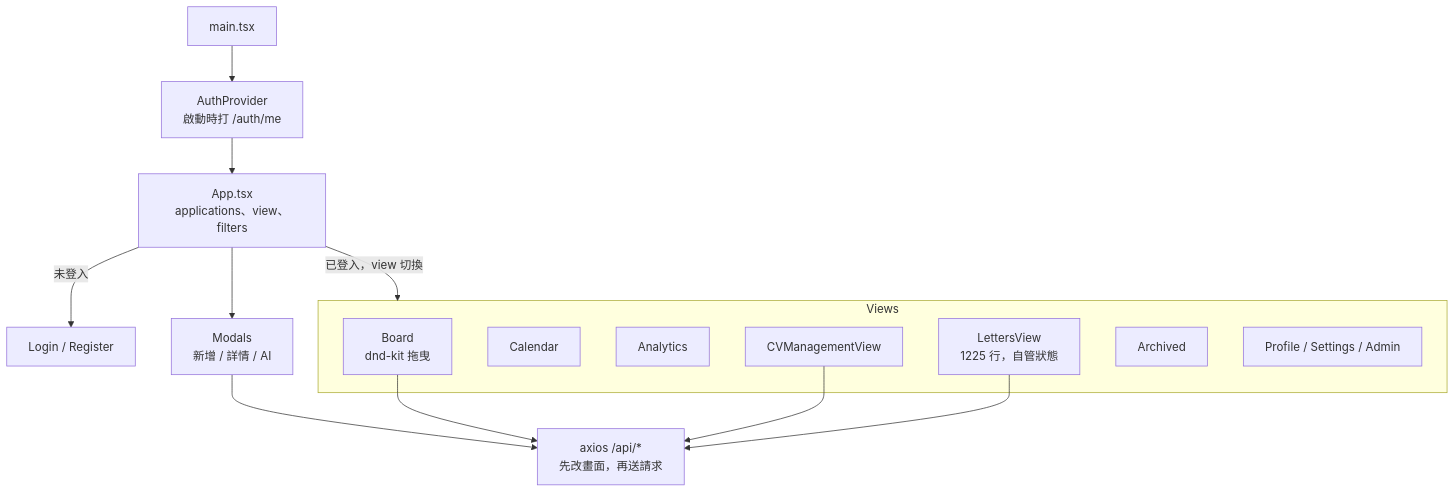
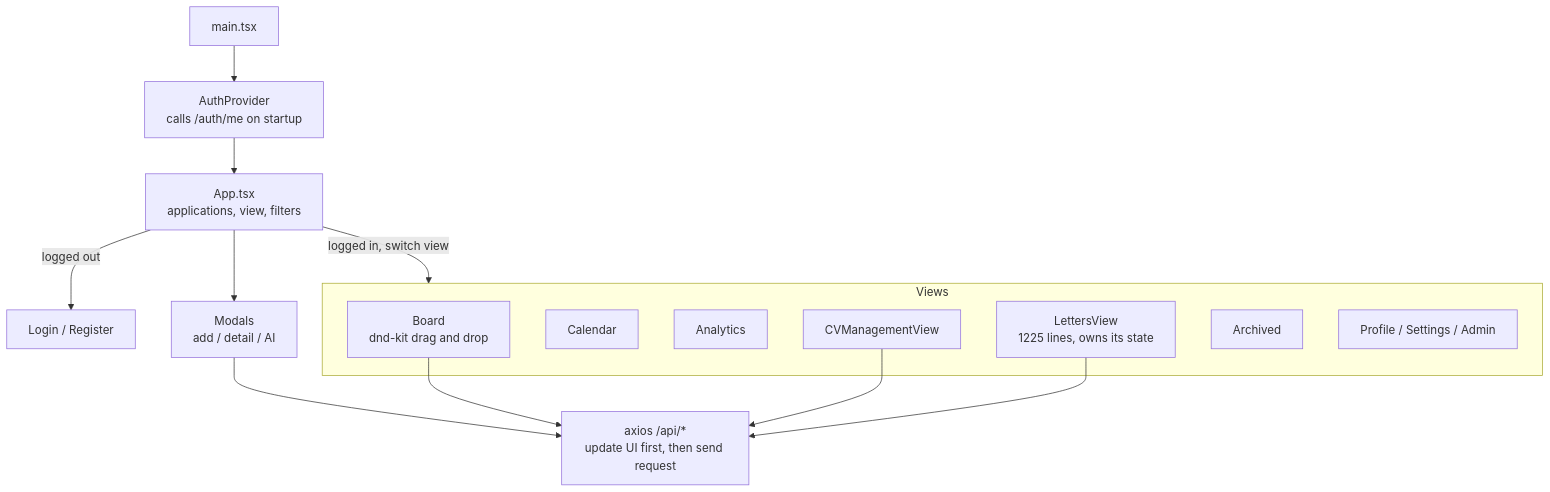
One commit to ychun816/scandiva changed the sixth of 6 diagrams in NOTE.md. Above: the diagram before and after it, drawn with Mermaid. The commit also changed other lines of this file and 27 other files, not shown here.

````diff
--- a/NOTE.md
+++ b/NOTE.md
@@ -236,21 +236,21 @@
 ```mermaid
 flowchart TD
-    M["main.tsx"] --> AP["AuthProvider<br/>啟動時打 /auth/me"]
-    AP --> APP["App.tsx<br/>applications、view、filters"]
-    APP -->|"未登入"| LOGIN["Login / Register"]
-    APP -->|"已登入，view 切換"| VIEWS
-    APP --> MODALS["Modals<br/>新增 / 詳情 / AI"]
+    M["main.tsx"] --> AP["AuthProvider<br/>calls /auth/me on startup"]
+    AP --> APP["App.tsx<br/>applications, view, filters"]
+    APP -->|"logged out"| LOGIN["Login / Register"]
+    APP -->|"logged in, switch view"| VIEWS
+    APP --> MODALS["Modals<br/>add / detail / AI"]
     subgraph VIEWS["Views"]
-        BOARD["Board<br/>dnd-kit 拖曳"]
+        BOARD["Board<br/>dnd-kit drag and drop"]
         CAL["Calendar"]
         ANA["Analytics"]
         CV["CVManagementView"]
-        LET["LettersView<br/>1225 行，自管狀態"]
+        LET["LettersView<br/>1225 lines, owns its state"]
         ARC["Archived"]
         ACC["Profile / Settings / Admin"]
     end
-    BOARD --> API["axios /api/*<br/>先改畫面，再送請求"]
+    BOARD --> API["axios /api/*<br/>update UI first, then send request"]
     MODALS --> API
     LET --> API
     CV --> API
 ```
````
